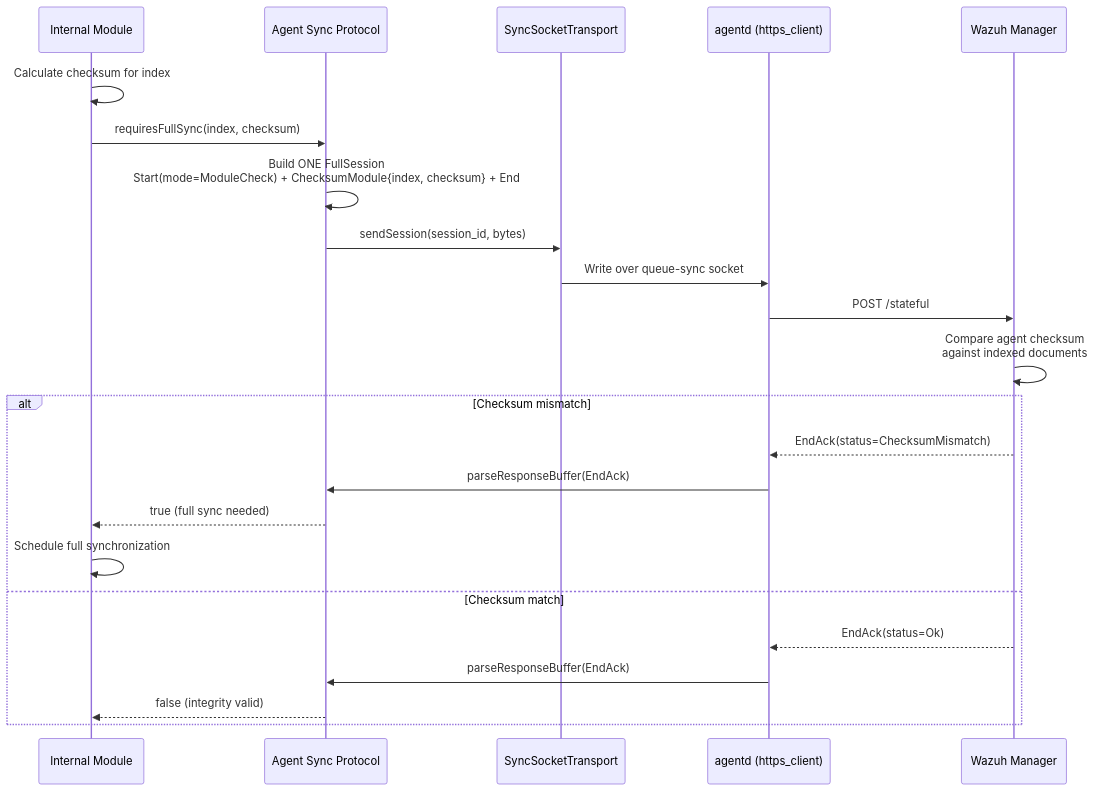
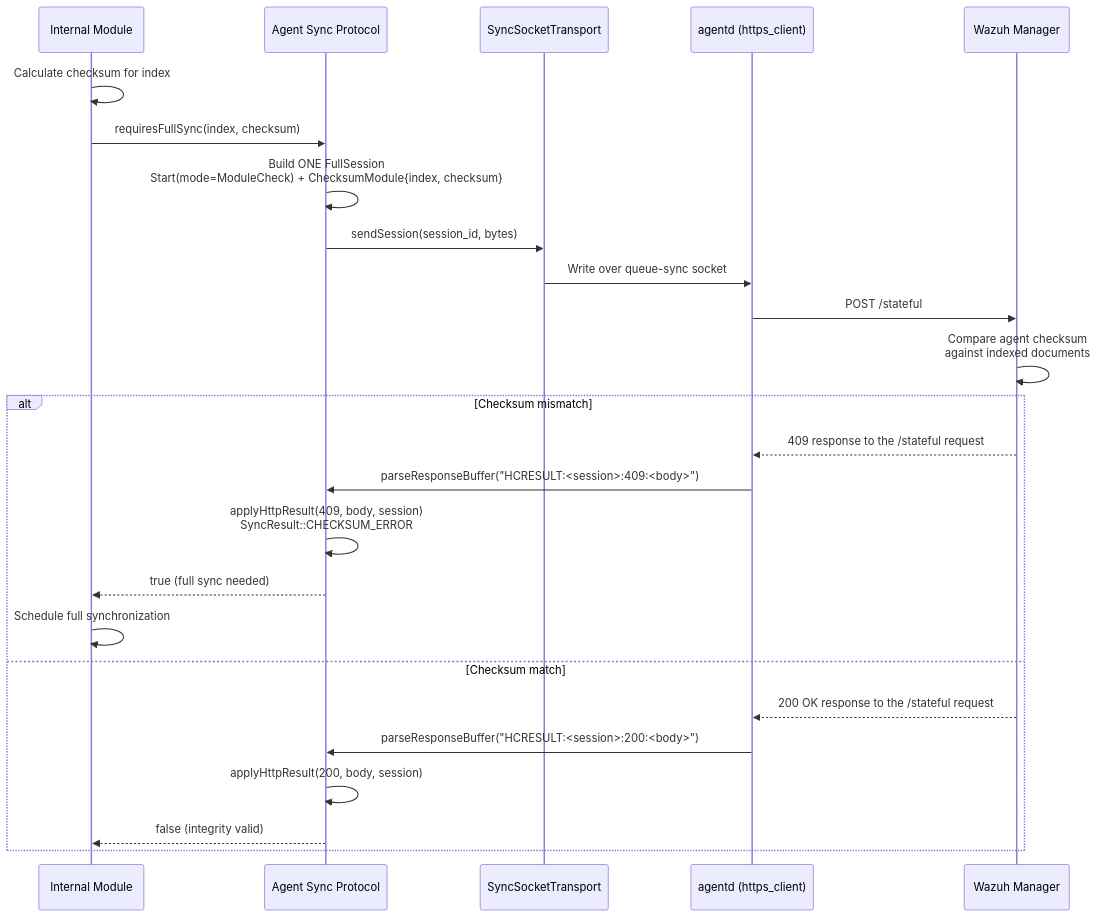
One commit to wazuh/wazuh changed the fifth of 12 diagrams in docs/ref/modules/utils/sync-protocol/sequence-diagrams.md. Above: the diagram before and after it, drawn with Mermaid. The commit also changed other lines of this file and 55 other files, not shown here.

````diff
--- a/docs/ref/modules/utils/sync-protocol/sequence-diagrams.md
+++ b/docs/ref/modules/utils/sync-protocol/sequence-diagrams.md
@@ -113,29 +114,31 @@
 ```mermaid
 sequenceDiagram
     participant Module as Internal Module
     participant ASP as Agent Sync Protocol
     participant Transport as SyncSocketTransport
     participant AD as agentd (https_client)
     participant Manager as Wazuh Manager
 
     Module->>Module: Calculate checksum for index
     Module->>ASP: requiresFullSync(index, checksum)
 
-    ASP->>ASP: Build ONE FullSession<br/>Start(mode=ModuleCheck) + ChecksumModule{index, checksum} + End
+    ASP->>ASP: Build ONE FullSession<br/>Start(mode=ModuleCheck) + ChecksumModule{index, checksum}
     ASP->>Transport: sendSession(session_id, bytes)
     Transport->>AD: Write over queue-sync socket
     AD->>Manager: POST /stateful
 
     Manager->>Manager: Compare agent checksum<br/>against indexed documents
 
     alt Checksum mismatch
-        Manager-->>AD: EndAck(status=ChecksumMismatch)
-        AD->>ASP: parseResponseBuffer(EndAck)
+        Manager-->>AD: 409 response to the /stateful request
+        AD->>ASP: parseResponseBuffer("HCRESULT:<session>:409:<body>")
+        ASP->>ASP: applyHttpResult(409, body, session)<br/>SyncResult::CHECKSUM_ERROR
         ASP-->>Module: true (full sync needed)
         Module->>Module: Schedule full synchronization
     else Checksum match
-        Manager-->>AD: EndAck(status=Ok)
-        AD->>ASP: parseResponseBuffer(EndAck)
+        Manager-->>AD: 200 OK response to the /stateful request
+        AD->>ASP: parseResponseBuffer("HCRESULT:<session>:200:<body>")
+        ASP->>ASP: applyHttpResult(200, body, session)
         ASP-->>Module: false (integrity valid)
     end
 ```
````
